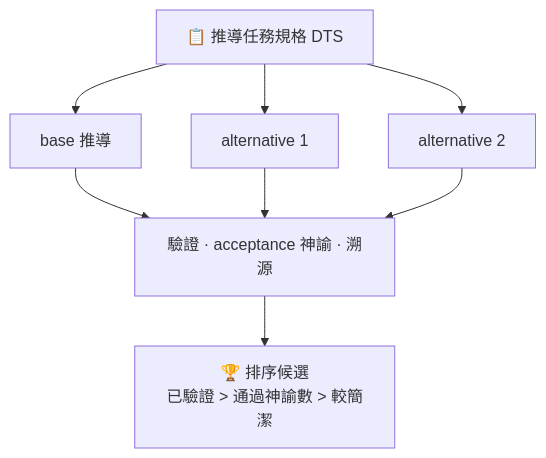
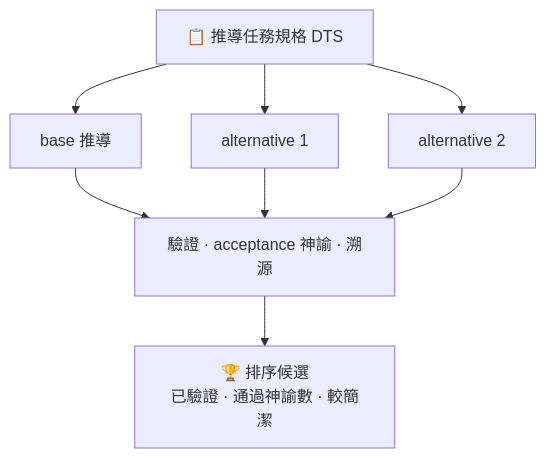
The fourth of 6 diagrams in README.zh-TW.md (u9401066/nsforge-mcp), drawn with Mermaid before and after one commit. The commit also changed other lines of this file and 2 other files, not shown here.

First line of the commit message:
docs(readme): fix hero badge spacing + harden Mermaid labels

````diff
--- a/README.zh-TW.md
+++ b/README.zh-TW.md
@@ -155,10 +155,10 @@
 ```mermaid
 flowchart TD
     DTS["📋 推導任務規格 DTS"] --> BASE["base 推導"]
     DTS --> ALT1["alternative 1"]
     DTS --> ALT2["alternative 2"]
     BASE --> V["驗證 · acceptance 神諭 · 溯源"]
     ALT1 --> V
     ALT2 --> V
-    V --> RANK["🏆 排序候選<br/>已驗證 &gt; 通過神諭數 &gt; 較簡潔"]
+    V --> RANK["🏆 排序候選<br/>已驗證 · 通過神諭數 · 較簡潔"]
 ```
````
